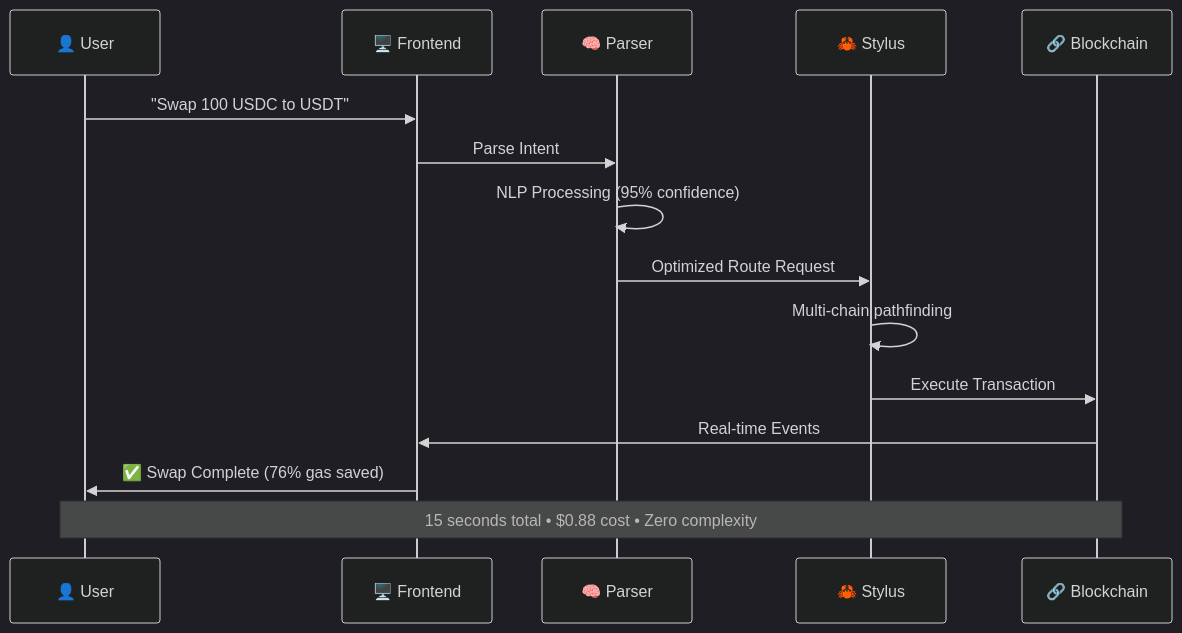
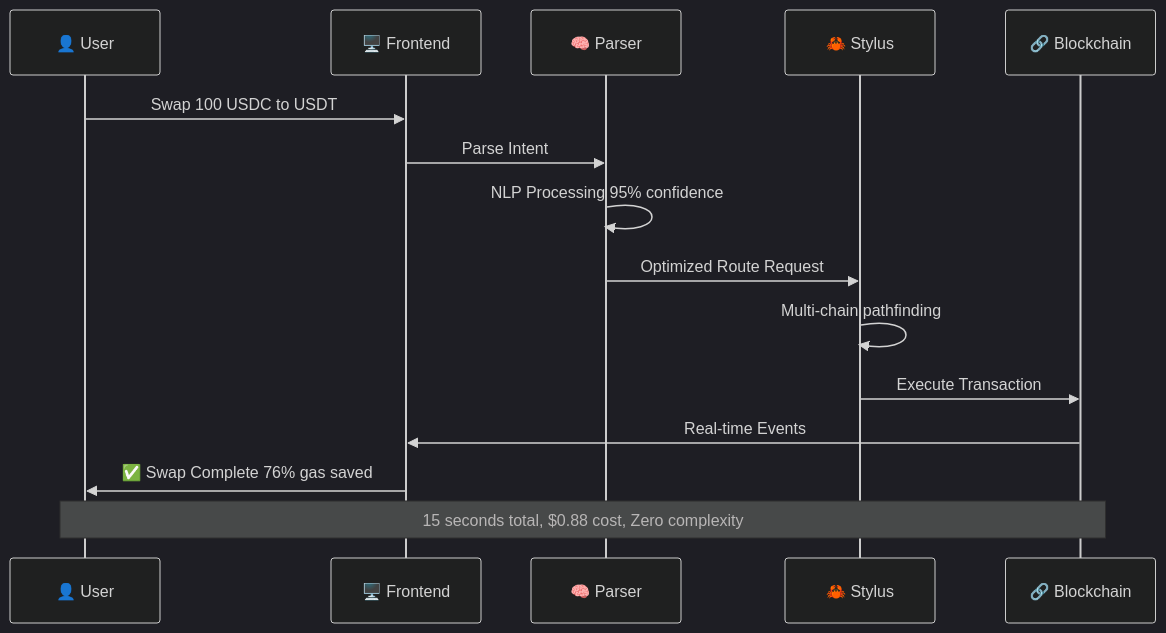
One commit to Aaditya1273/AquaFlow changed the third of 5 diagrams in README.md. Above: the diagram before and after it, drawn with Mermaid (dark theme). The commit also changed other lines of this file, not shown here.

````diff
--- a/README.md
+++ b/README.md
@@ -143,19 +143,19 @@
 ```mermaid
 sequenceDiagram
     participant U as 👤 User
     participant F as 🖥️ Frontend
     participant P as 🧠 Parser
     participant S as 🦀 Stylus
     participant B as 🔗 Blockchain
     
-    U->>F: "Swap 100 USDC to USDT"
+    U->>F: Swap 100 USDC to USDT
     F->>P: Parse Intent
-    P->>P: NLP Processing (95% confidence)
+    P->>P: NLP Processing 95% confidence
     P->>S: Optimized Route Request
     S->>S: Multi-chain pathfinding
     S->>B: Execute Transaction
     B->>F: Real-time Events
-    F->>U: ✅ Swap Complete (76% gas saved)
+    F->>U: ✅ Swap Complete 76% gas saved
     
-    Note over U,B: 15 seconds total • $0.88 cost • Zero complexity
+    Note over U,B: 15 seconds total, $0.88 cost, Zero complexity
 ```
````
